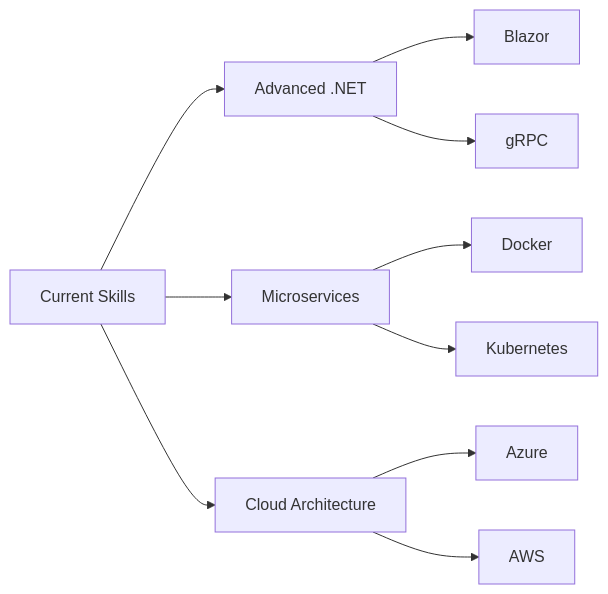
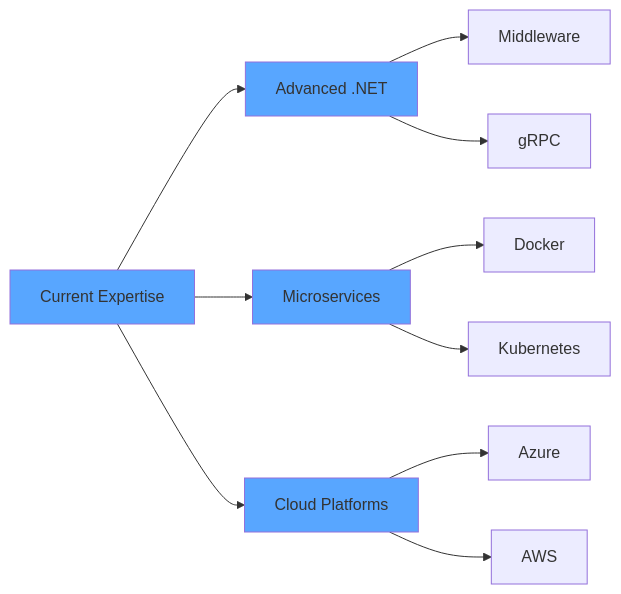
Before and after one commit to MohamedMohyEldein/MohamedMohyEldein: the diagram in README.md, drawn with Mermaid. The commit also changed other lines of this file, not shown here.

````diff
--- a/README.md
+++ b/README.md
@@ -249,12 +166,17 @@
 ```mermaid
 graph LR
-    A[Current Skills] --> B[Advanced .NET]
+    A[Current Expertise] --> B[Advanced .NET]
     A --> C[Microservices]
-    A --> D[Cloud Architecture]
-    B --> E[Blazor]
+    A --> D[Cloud Platforms]
+    B --> E[Middleware]
     B --> F[gRPC]
     C --> G[Docker]
     C --> H[Kubernetes]
     D --> I[Azure]
     D --> J[AWS]
+    
+    style A fill:#58A6FF
+    style B fill:#58A6FF
+    style C fill:#58A6FF
+    style D fill:#58A6FF
 ```
````
